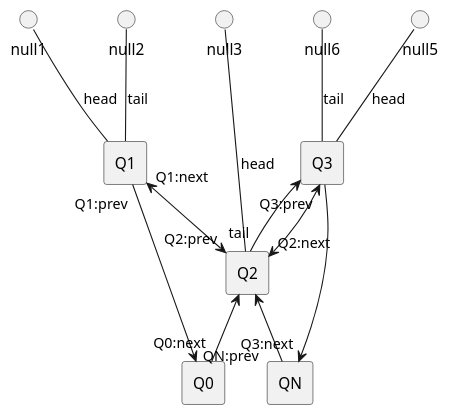
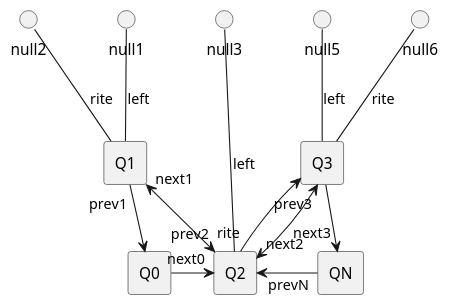
The diagram in src/docs/UML/convertToLocalTree/03.puml (vitalispopoff/calculator), drawn with PlantUML before and after one commit. The commit also changed 20 other files, not shown here.

```diff
--- a/src/docs/UML/convertToLocalTree/03.puml
+++ b/src/docs/UML/convertToLocalTree/03.puml
@@ -1,31 +1,33 @@
 @startuml
 
 rectangle Q0
 
 rectangle Q1
 rectangle Q2
 rectangle Q3
 
 rectangle QN
 
-Q0 <-up- "Q1:prev" Q1
+Q0 <-up- "prev1" Q1
 
-Q1  -up-() null2:tail
-Q1  -up-() null1:head
+Q1  -up-() null2:"rite"
+Q1  -up-() null1:"left"
 
-Q0 "Q0:next" -up-> Q2
-Q1 "Q1:next" <-down-> "Q2:prev" Q2
+Q0 "next0" -right-> Q2
 
-Q2  --up-() null3:head
+Q1 "next1" <-down-> "prev2" Q2
 
-Q2  "tail" -up-> Q3
-Q2 "Q2:next" <-right-> "Q3:prev" Q3
+Q2  --up-() null3:"left"
 
-Q2 <-down- "QN:prev" QN
-Q3  -up-() null6:tail
-Q3  -up-() null5:head
+Q2  "rite" -up-> Q3
+Q2 "next2" <-right-> "prev3" Q3
 
-Q3 -down-> "Q3:next" QN
+Q2 <-right- "prevN" QN
+
+Q3  -up-() null6:"rite"
+Q3  -up-() null5:"left"
+
+Q3 -down-> "next3" QN
 
 
 @enduml
```
